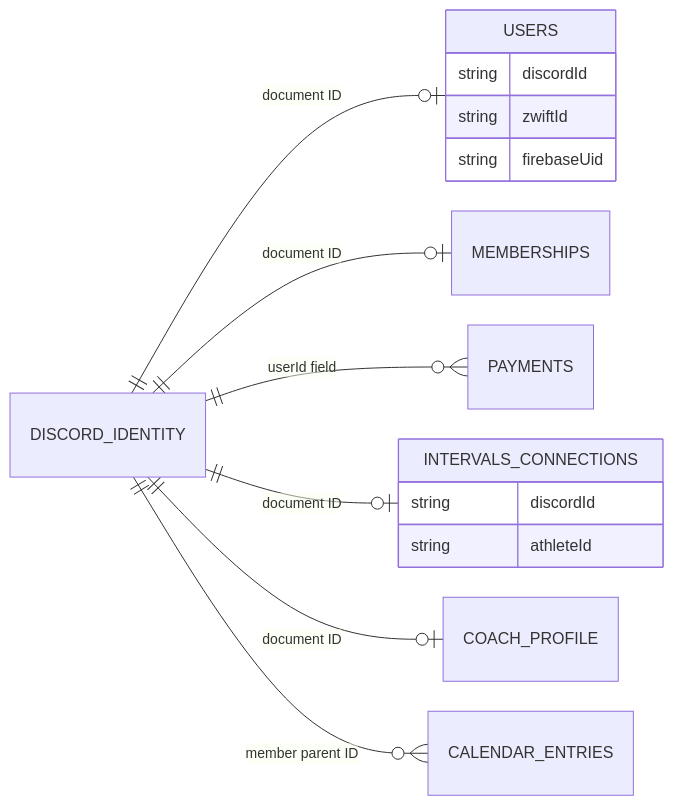
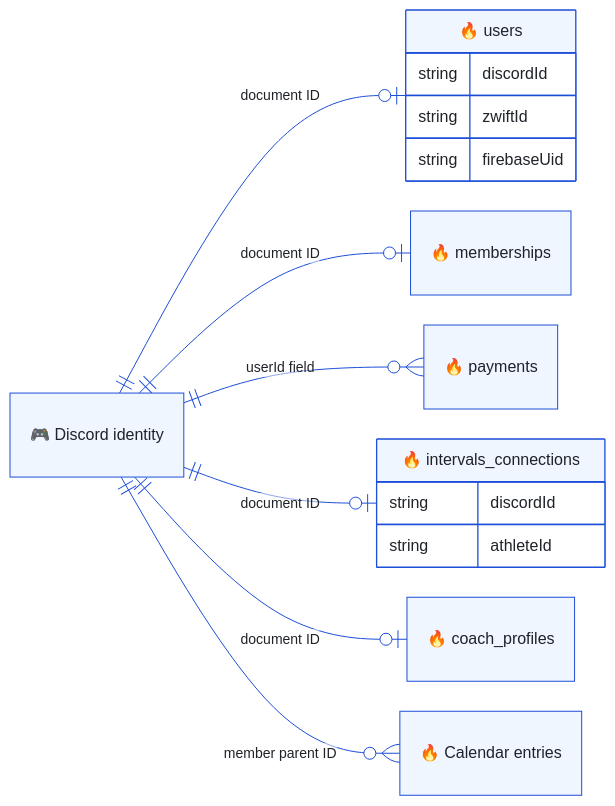
One commit to T00few2/dzr changed the first of 3 diagrams in docs/architecture/data.md. Above: the diagram before and after it, drawn with Mermaid. The commit also changed other lines of this file and 15 other files, not shown here.

First line of the commit message:
docs: standardize Mermaid notation and map the technology stack

````diff
--- a/docs/architecture/data.md
+++ b/docs/architecture/data.md
@@ -11,24 +11,38 @@
 ```mermaid
 ---
 config:
+  theme: base
+  themeVariables:
+    primaryColor: '#eff6ff'
+    primaryTextColor: '#1f2328'
+    primaryBorderColor: '#1d4ed8'
+    lineColor: '#1d4ed8'
+    edgeLabelBackground: '#ffffff'
   er:
     nodeSpacing: 30
 ---
 erDiagram
     direction LR
+    DISCORD_IDENTITY["🎮 Discord identity"]
+    USERS["🔥 users"]
+    MEMBERSHIPS["🔥 memberships"]
+    PAYMENTS["🔥 payments"]
+    INTERVALS_CONNECTIONS["🔥 intervals_connections"]
+    COACH_PROFILE["🔥 coach_profiles"]
+    CALENDAR_ENTRIES["🔥 Calendar entries"]
     DISCORD_IDENTITY ||--o| USERS : "document ID"
     DISCORD_IDENTITY ||--o| MEMBERSHIPS : "document ID"
     DISCORD_IDENTITY ||--o{ PAYMENTS : "userId field"
     DISCORD_IDENTITY ||--o| INTERVALS_CONNECTIONS : "document ID"
     DISCORD_IDENTITY ||--o| COACH_PROFILE : "document ID"
     DISCORD_IDENTITY ||--o{ CALENDAR_ENTRIES : "member parent ID"
     USERS {
         string discordId
         string zwiftId
         string firebaseUid
     }
     INTERVALS_CONNECTIONS {
         string discordId
         string athleteId
     }
 ```
````
